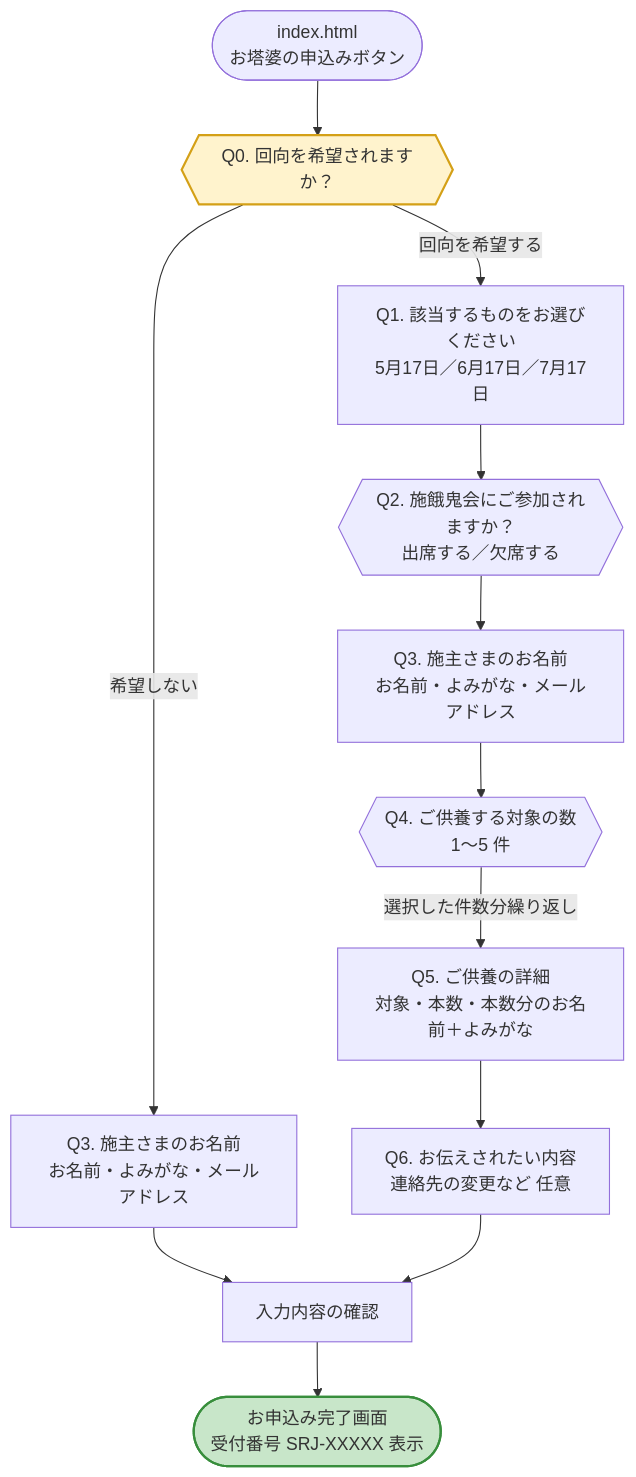
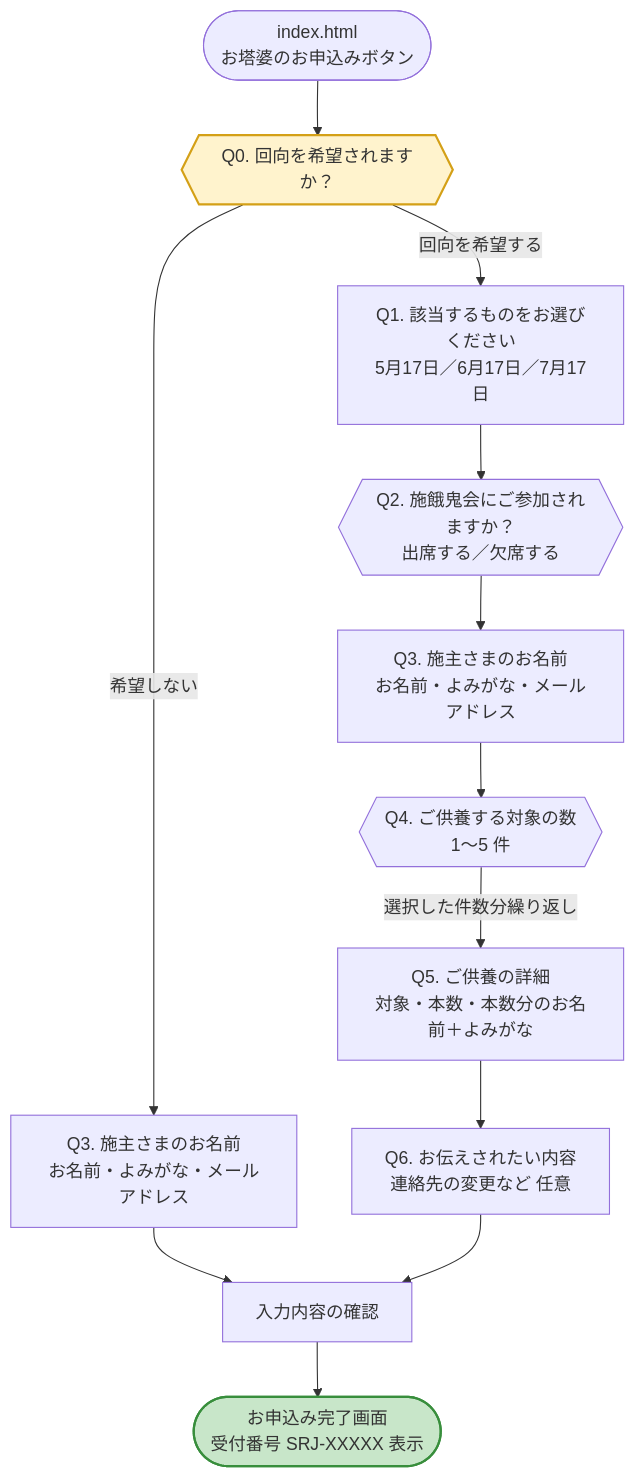
The first of 2 diagrams in shoraku-ji/flow-map.md (haz-syuu-go/Syuu-go-line-pages), drawn with Mermaid before and after one commit. The commit also changed other lines of this file and 3 other files, not shown here.

````diff
--- a/shoraku-ji/flow-map.md
+++ b/shoraku-ji/flow-map.md
@@ -5,21 +5,21 @@
 ```mermaid
 flowchart TD
-    Start([index.html<br/>お塔婆の申込みボタン]) --> Q0{{Q0. 回向を希望されますか？}}
+    Start([index.html<br/>お塔婆のお申込みボタン]) --> Q0{{Q0. 回向を希望されますか？}}
 
     Q0 -->|希望しない| Q3n[Q3. 施主さまのお名前<br/>お名前・よみがな・メールアドレス]
     Q0 -->|回向を希望する| Q1[Q1. 該当するものをお選びください<br/>5月17日／6月17日／7月17日]
 
     Q1 --> Q2{{Q2. 施餓鬼会にご参加されますか？<br/>出席する／欠席する}}
     Q2 --> Q3y[Q3. 施主さまのお名前<br/>お名前・よみがな・メールアドレス]
     Q3y --> Q4{{Q4. ご供養する対象の数<br/>1〜5 件}}
     Q4 -->|選択した件数分繰り返し| Q5[Q5. ご供養の詳細<br/>対象・本数・本数分のお名前＋よみがな]
     Q5 --> Q6[Q6. お伝えされたい内容<br/>連絡先の変更など 任意]
 
     Q3n --> Conf[入力内容の確認]
     Q6 --> Conf
 
     Conf --> Done([お申込み完了画面<br/>受付番号 SRJ-XXXXX 表示])
 
     style Q0 fill:#FFF3CD,stroke:#D4A017,stroke-width:2px
     style Done fill:#C8E6C9,stroke:#388E3C,stroke-width:2px
 ```
````
